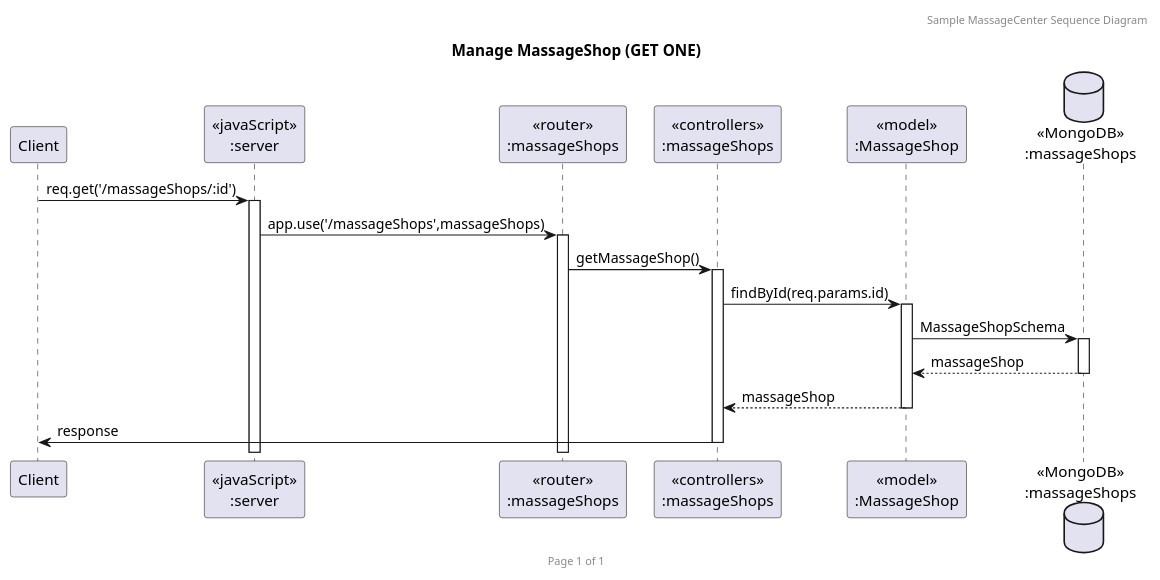
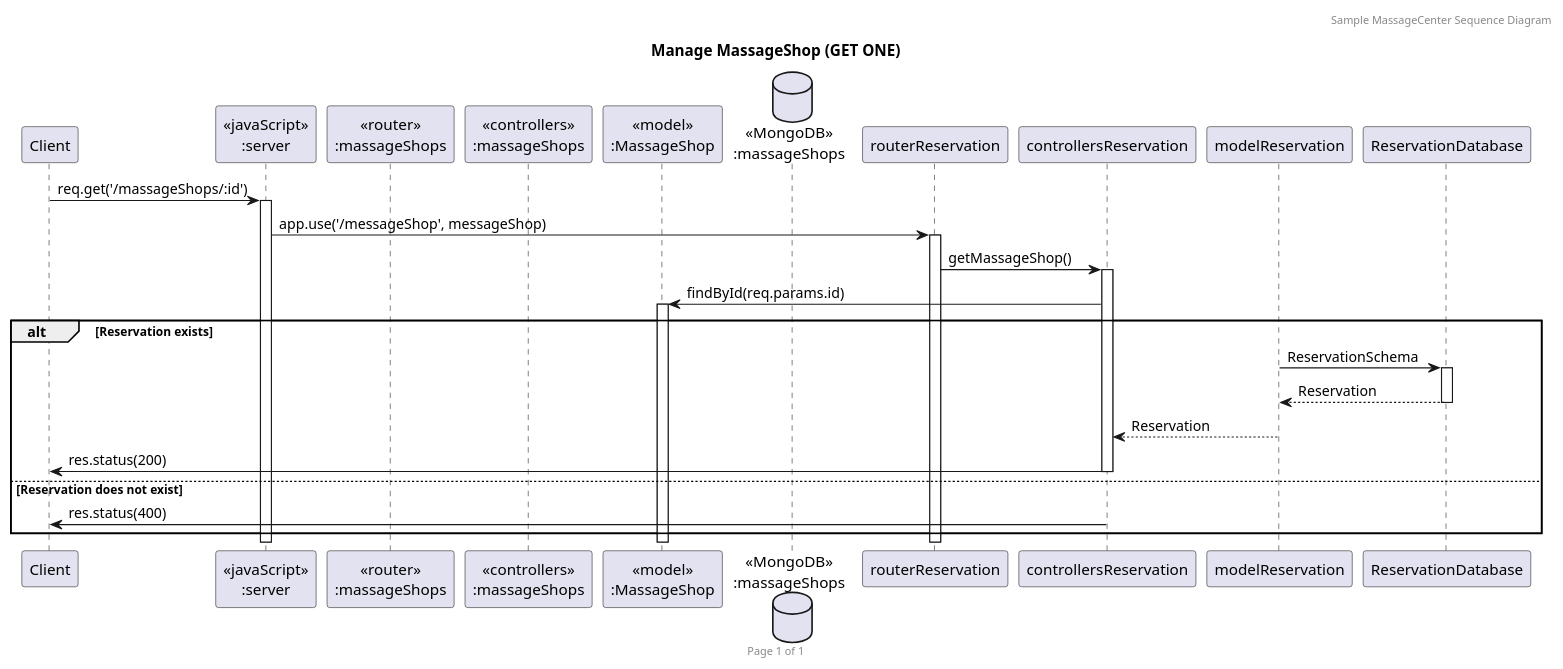
One commit to 2110503TACEDT66/presentation-day-1-dale-mai-mi-chip changed the diagram in sequence_diagram/getOne.puml. Above: the diagram before and after it, drawn with PlantUML. The commit also changed 1 other file, not shown here.

```diff
--- a/sequence_diagram/getOne.puml
+++ b/sequence_diagram/getOne.puml
@@ -1,23 +1,29 @@
-@startuml Manage HMassageShop (GET ONE)
+@startuml Manage Reservation (GET ONE)
 
 header Sample MassageCenter Sequence Diagram
 footer Page %page% of %lastpage%
 title "Manage MassageShop (GET ONE)"
 
 participant "Client" as client
 participant "<<javaScript>>\n:server" as server
 participant "<<router>>\n:massageShops" as routerMassageShops
 participant "<<controllers>>\n:massageShops" as controllersMassageShops
 participant "<<model>>\n:MassageShop" as modelMassageShop
 database "<<MongoDB>>\n:massageShops" as MassageShopsDatabase
 
 client->server ++:req.get('/massageShops/:id')
-server->routerMassageShops ++:app.use('/massageShops',massageShops)
-routerMassageShops -> controllersMassageShops ++:getMassageShop()
-controllersMassageShops->modelMassageShop ++:findById(req.params.id)
-modelMassageShop ->MassageShopsDatabase ++: MassageShopSchema
-MassageShopsDatabase --> modelMassageShop --: massageShop
-controllersMassageShops <-- modelMassageShop --:massageShop
-controllersMassageShops->client --:response
+server->routerReservation ++:app.use('/messageShop', messageShop)
+routerReservation -> controllersReservation ++: getMassageShop()
+controllersReservation->modelMassageShop ++: findById(req.params.id)
+
+alt Reservation exists
+  modelReservation ->ReservationDatabase ++: ReservationSchema
+  ReservationDatabase --> modelReservation --: Reservation
+  controllersReservation <-- modelReservation --: Reservation
+  controllersReservation->client --: res.status(200)
+else Reservation does not exist
+  controllersReservation->client --: res.status(400)
+end
+
 
 @enduml
```
